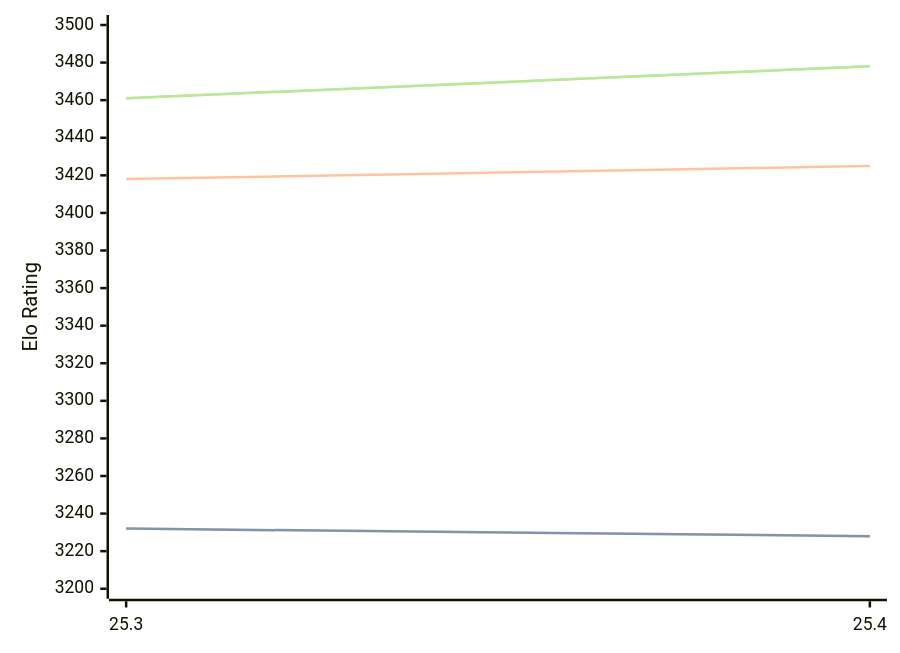
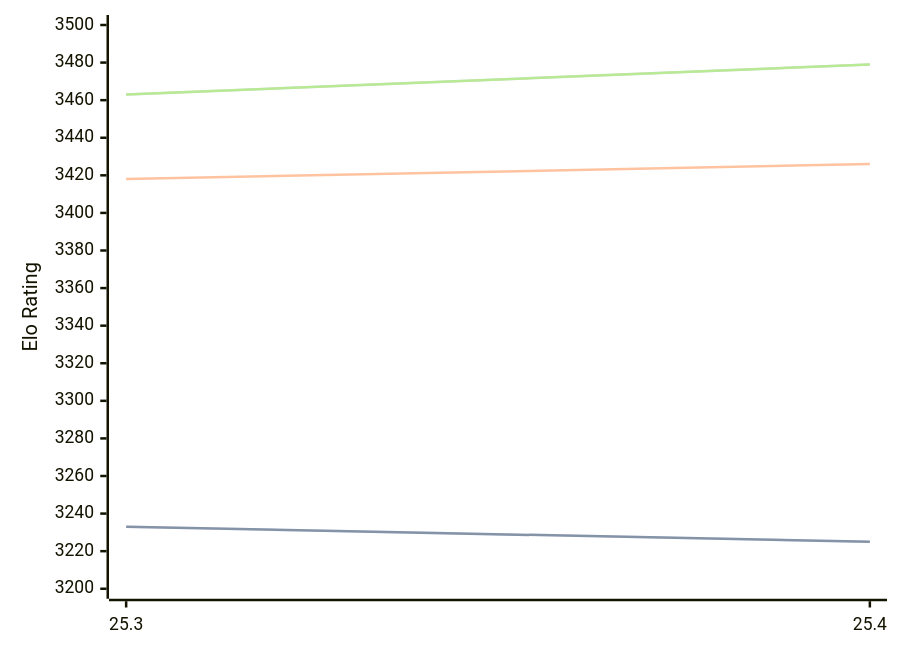
The first of 3 diagrams in engines/Arasan.md (computer-chess-index/cci), drawn with Mermaid before and after one commit. The commit also changed other lines of this file, not shown here.

Commit message:
Update CCI Ratings (ELO VLTC) - 2026-07-13

````diff
--- a/engines/Arasan.md
+++ b/engines/Arasan.md
@@ -33,11 +33,11 @@
 ```mermaid
 %%{init: {"theme":"base","themeVariables":{"seriesColors:['#a3a3a3','#222221','#faa371']}}}%%
 xychart-beta
   x-axis ["25.3", "25.4"]
   y-axis "Elo Rating" 3200 --> 3500
-  line "STC (8.0+0.08s)" [3232, 3228]
-  line "STC (8.0+0.08s)" [3232, 3228]
-  line "LTC (60.0+0.60s)" [3418, 3425]
-  line "VLTC (2m24s+1.12s)" [3461, 3478]
-  line "VLTC (2m24s+1.12s)" [3461, 3478]
+  line "STC (8.0+0.08s)" [3233, 3225]
+  line "STC (8.0+0.08s)" [3233, 3225]
+  line "LTC (60.0+0.60s)" [3418, 3426]
+  line "VLTC (2m24s+1.12s)" [3463, 3479]
+  line "VLTC (2m24s+1.12s)" [3463, 3479]
 ```
````
